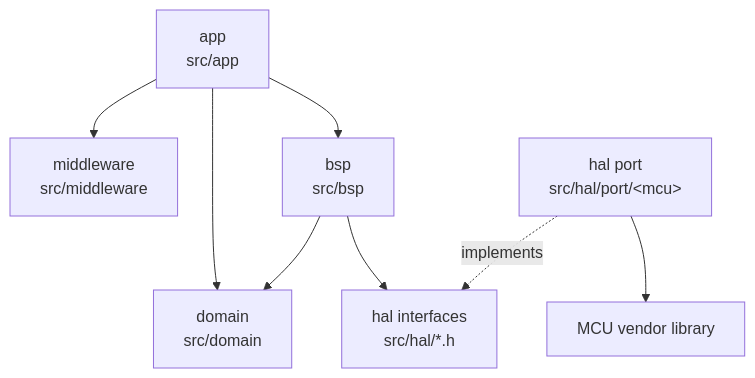
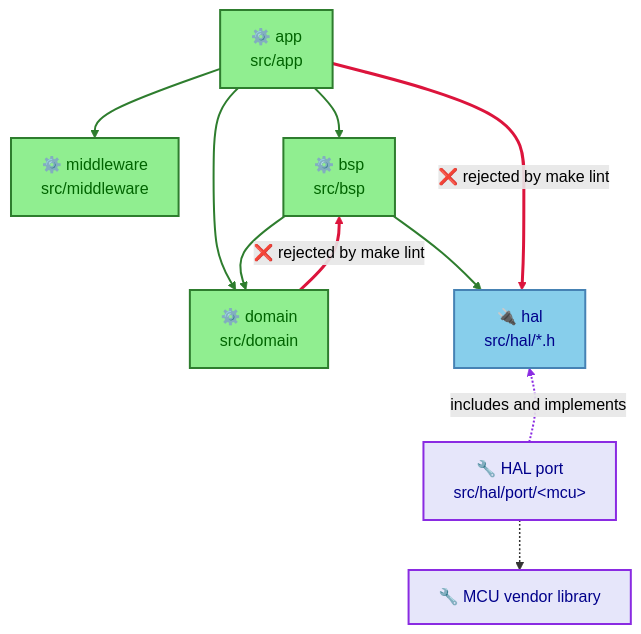
One commit to wienans/example-repo changed the diagram in docs/architecture/04_layering.md. Above: the diagram before and after it, drawn with Mermaid. The commit also changed other lines of this file and 6 other files, not shown here.

Commit message:
docs(architecture): redraw diagrams to the merged Mermaid conventions

````diff
--- a/docs/architecture/04_layering.md
+++ b/docs/architecture/04_layering.md
@@ -5,18 +9,41 @@
 ```mermaid
-flowchart TD
-  app["app<br/>src/app"]
-  mw["middleware<br/>src/middleware"]
-  dom["domain<br/>src/domain"]
-  bsp["bsp<br/>src/bsp"]
-  hal["hal interfaces<br/>src/hal/*.h"]
-  port["hal port<br/>src/hal/port/&lt;mcu&gt;"]
-  vendor["MCU vendor library"]
+flowchart TB
+  accTitle: Allowed and forbidden includes between layers
+  accDescr: app may include middleware, domain and bsp. bsp may include domain and hal. The HAL port includes and implements hal and depends on the vendor library. app including hal, and domain including bsp, are forbidden and fail the lint check.
+  classDef firmware fill:#90EE90,stroke:#2E7D2E,stroke-width:2px,color:darkgreen
+  classDef interface fill:#87CEEB,stroke:#4682B4,stroke-width:2px,color:darkblue
+  classDef platform fill:#E6E6FA,stroke:#8A2BE2,stroke-width:2px,color:darkblue
+  classDef edgeCall stroke:#2E7D2E,stroke-width:2px,color:black
+  classDef edgeImplements stroke:#8A2BE2,stroke-width:2px,color:black
+  classDef edgeVendor stroke:#333333,stroke-width:1.5px,color:black
+  classDef edgeViolation stroke:#DC143C,stroke-width:3px,color:black
 
-  app --> mw
-  app --> dom
-  app --> bsp
-  bsp --> dom
-  bsp --> hal
-  port -. implements .-> hal
-  port --> vendor
+  app["⚙️ app<br/>src/app"]
+  mw["⚙️ middleware<br/>src/middleware"]
+  bsp["⚙️ bsp<br/>src/bsp"]
+  dom["⚙️ domain<br/>src/domain"]
+  hal["🔌 hal<br/>src/hal/*.h"]
+  port["🔧 HAL port<br/>src/hal/port/&lt;mcu&gt;"]
+  vendor["🔧 MCU vendor library"]
+
+  app e1@--> mw
+  app e2@--> bsp
+  app e3@--> dom
+  bsp e4@--> dom
+  bsp e5@--> hal
+  hal ~~~ port
+  port e6@-.->|"includes and implements"| hal
+  port e7@-.-> vendor
+  app e8@-->|"❌ rejected by make lint"| hal
+  dom e9@-->|"❌ rejected by make lint"| bsp
+
+  class app,mw,bsp,dom firmware
+  class hal interface
+  class port,vendor platform
+  class e1,e2,e3,e4,e5 edgeCall
+  class e6 edgeImplements
+  class e7 edgeVendor
+  class e8,e9 edgeViolation
+
+  %% Legend: green = allowed include. Purple dashed = includes and implements. Gray dashed = vendor dependency. Red thick = forbidden include.
 ```
````
